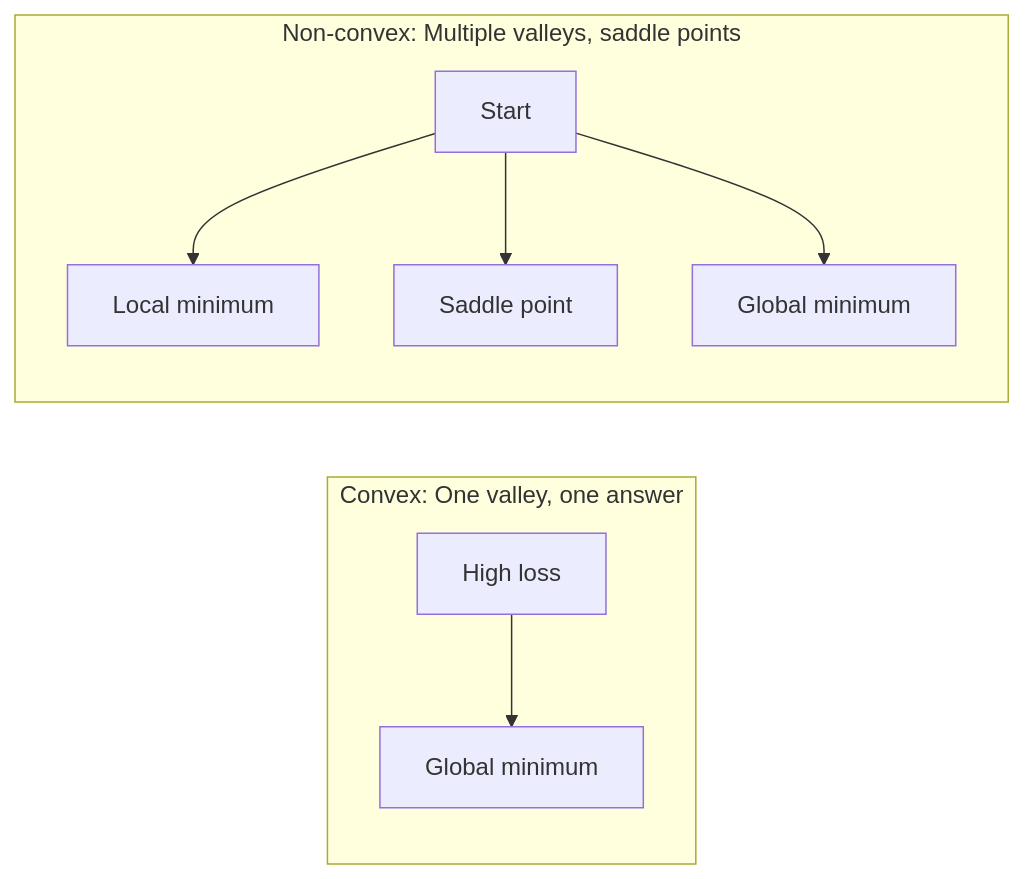
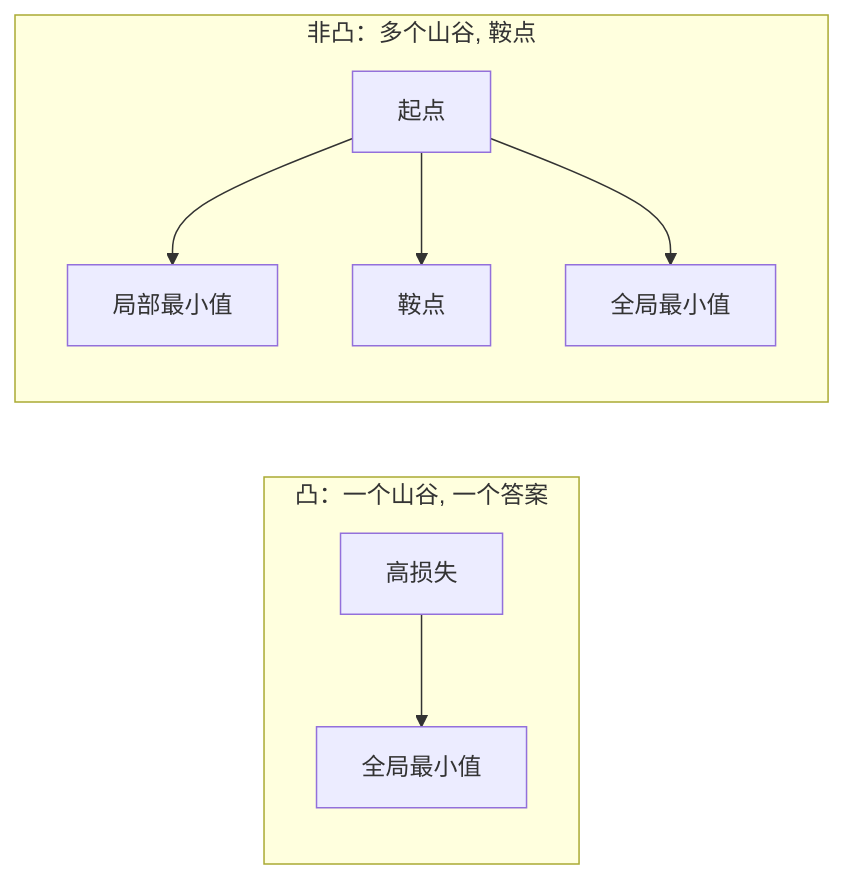
One commit to alessandrodinisio-ai/ai-engineering-learning-framework changed the fourth of 5 diagrams in phases/01-math-foundations/08-optimization/docs/zh.md. Above: the diagram before and after it, drawn with Mermaid. The commit also changed other lines of this file and 120 other files, not shown here.

First line of the commit message:
i18n(mermaid): 337 个 mermaid 图表标签中文化

````diff
--- a/phases/01-math-foundations/08-optimization/docs/zh.md
+++ b/phases/01-math-foundations/08-optimization/docs/zh.md
@@ -163,13 +163,13 @@
 ```mermaid
 graph LR
-    subgraph Convex["Convex: One valley, one answer"]
+    subgraph Convex["凸：一个山谷, 一个答案"]
         direction TB
-        CV1["High loss"] --> CV2["Global minimum"]
+        CV1["高损失"] --> CV2["全局最小值"]
     end
-    subgraph NonConvex["Non-convex: Multiple valleys, saddle points"]
+    subgraph NonConvex["非凸：多个山谷, 鞍点"]
         direction TB
-        NC1["Start"] --> NC2["Local minimum"]
-        NC1 --> NC3["Saddle point"]
-        NC1 --> NC4["Global minimum"]
+        NC1["起点"] --> NC2["局部最小值"]
+        NC1 --> NC3["鞍点"]
+        NC1 --> NC4["全局最小值"]
     end
 ```
````
